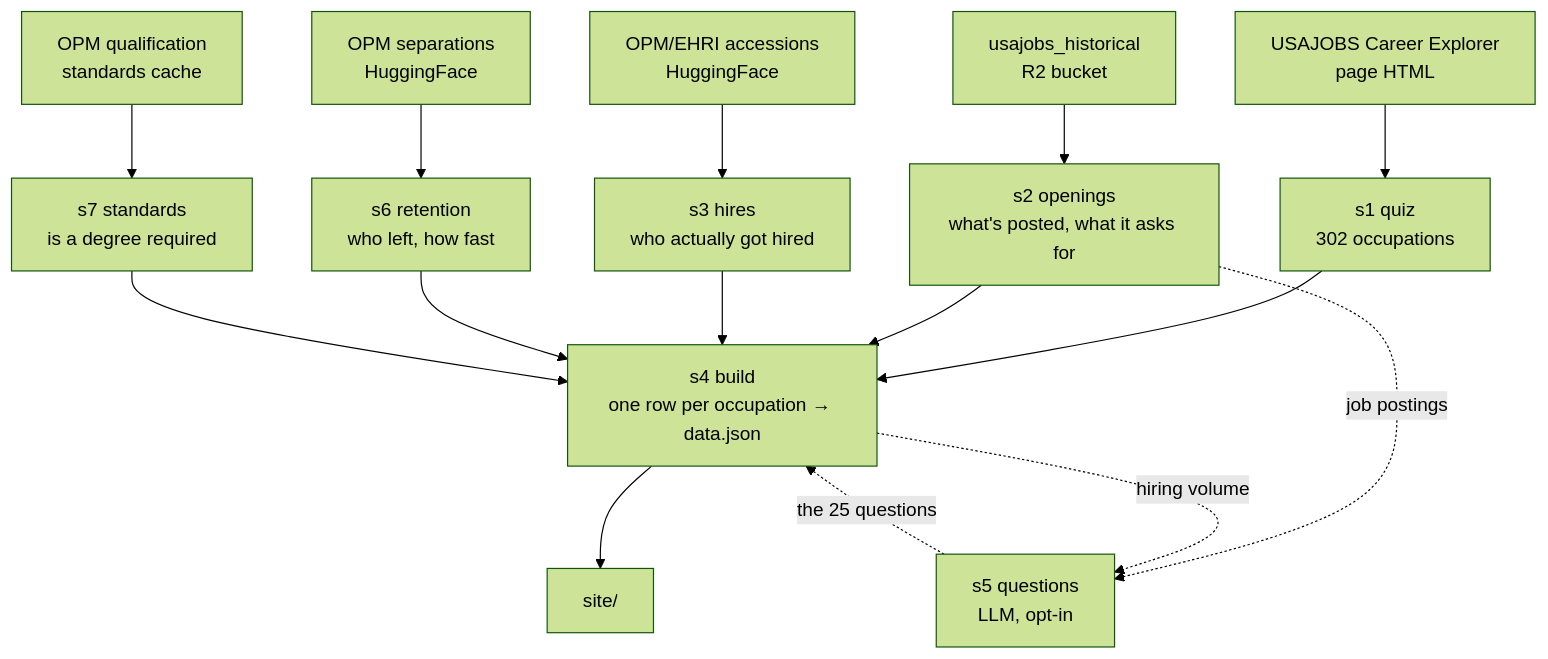
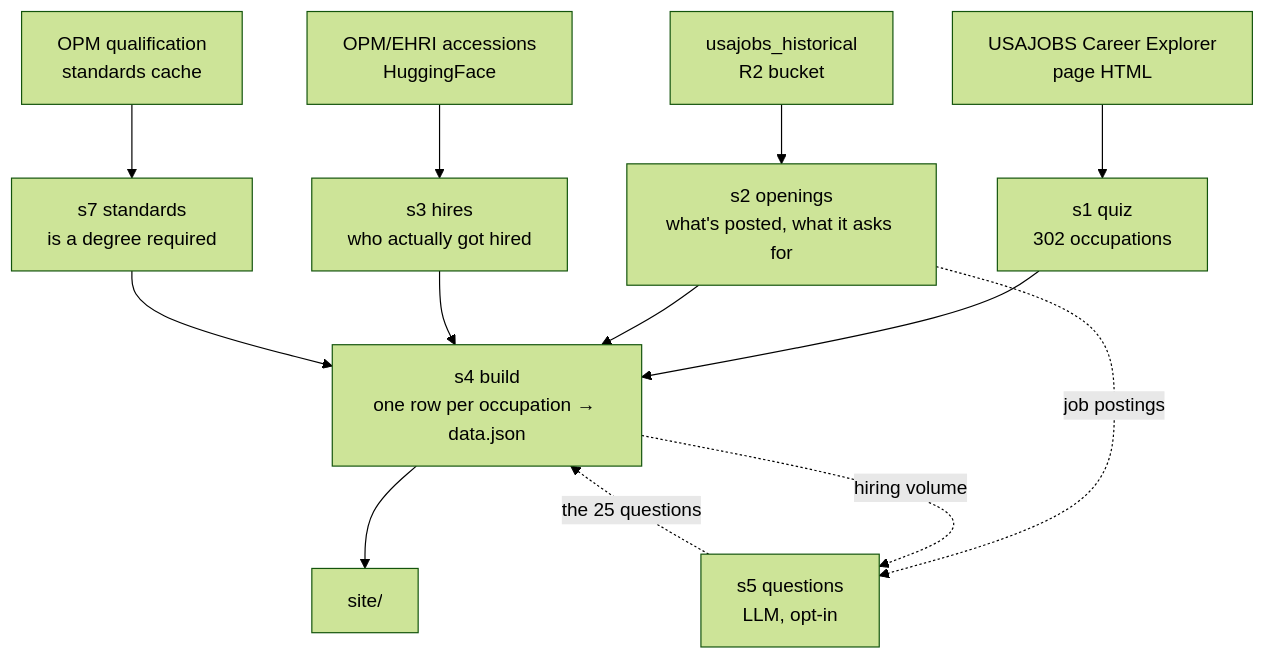
One commit to abigailhaddad/usajobs-career-explorer changed the diagram in README.md. Above: the diagram before and after it, drawn with Mermaid (forest theme). The commit also changed other lines of this file, not shown here.

First line of the commit message:
Fix the problem framing and drop retention from the README

````diff
--- a/README.md
+++ b/README.md
@@ -31,20 +31,18 @@
 ```mermaid
 flowchart TD
     CE[USAJOBS Career Explorer<br/>page HTML] --> S1
     R2[usajobs_historical<br/>R2 bucket] --> S2
     HF[OPM/EHRI accessions<br/>HuggingFace] --> S3
-    SEP[OPM separations<br/>HuggingFace] --> S6
     STD[OPM qualification<br/>standards cache] --> S7
 
     S1[s1 quiz<br/>302 occupations] --> S4
     S2[s2 openings<br/>what's posted, what it asks for] --> S4
     S3[s3 hires<br/>who actually got hired] --> S4
-    S6[s6 retention<br/>who left, how fast] --> S4
     S7[s7 standards<br/>is a degree required] --> S4
 
     S4[s4 build<br/>one row per occupation → data.json] --> SITE[site/]
 
     S2 -.job postings.-> S5[s5 questions<br/>LLM, opt-in]
     S4 -.hiring volume.-> S5
     S5 -.the 25 questions.-> S4
 ```
````
